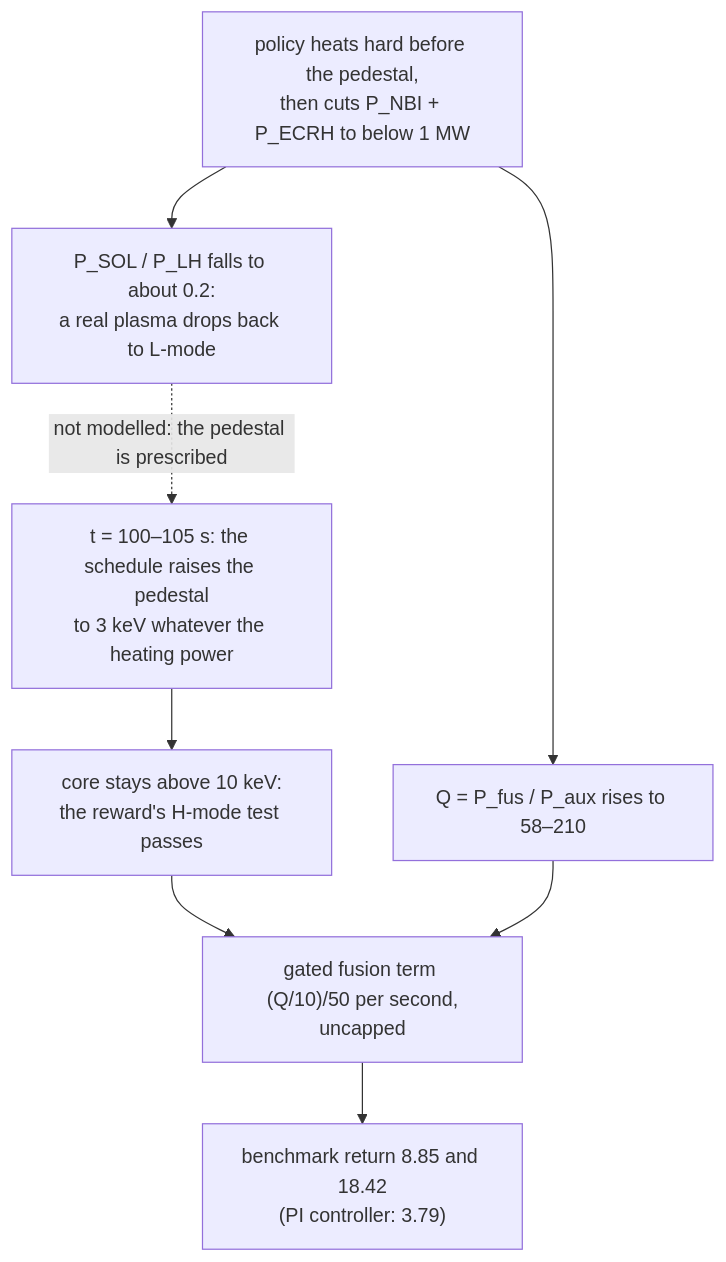
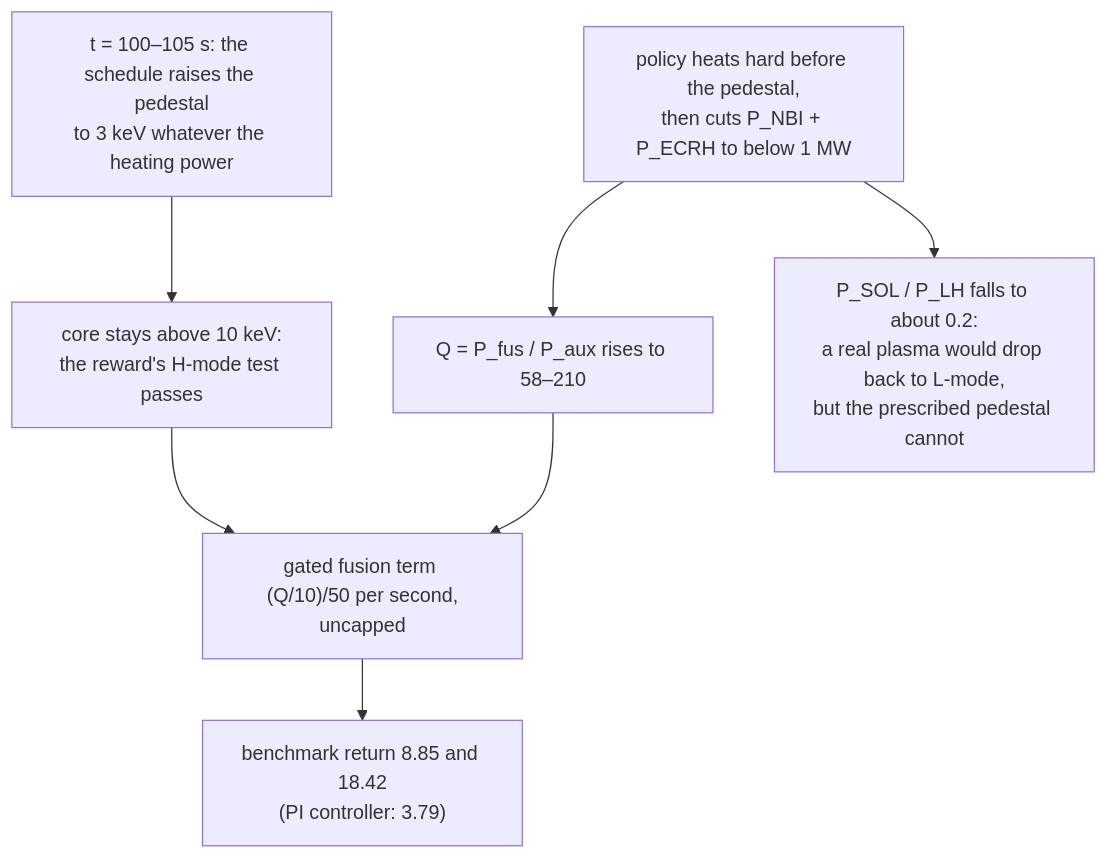
One commit to leandergrech/rl-tokamak-rampup changed the diagram in docs/05-limitations.md. Above: the diagram before and after it, drawn with Mermaid. The commit also changed 7 other files, not shown here.

````diff
--- a/docs/05-limitations.md
+++ b/docs/05-limitations.md
@@ -28,10 +28,9 @@
 ```mermaid
 flowchart TD
     A["t = 100–105 s: the schedule raises the pedestal<br/>to 3 keV whatever the heating power"] --> B["core stays above 10 keV:<br/>the reward's H-mode test passes"]
     C["policy heats hard before the pedestal,<br/>then cuts P_NBI + P_ECRH to below 1 MW"] --> D["Q = P_fus / P_aux rises to 58–210"]
     B --> E["gated fusion term (Q/10)/50 per second,<br/>uncapped"]
     D --> E
     E --> F["benchmark return 8.85 and 18.42<br/>(PI controller: 3.79)"]
-    C --> G["P_SOL / P_LH falls to about 0.2:<br/>a real plasma drops back to L-mode"]
-    G -. "not modelled: the pedestal is prescribed" .-> A
+    C --> G["P_SOL / P_LH falls to about 0.2:<br/>a real plasma would drop back to L-mode,<br/>but the prescribed pedestal cannot"]
 ```
````
